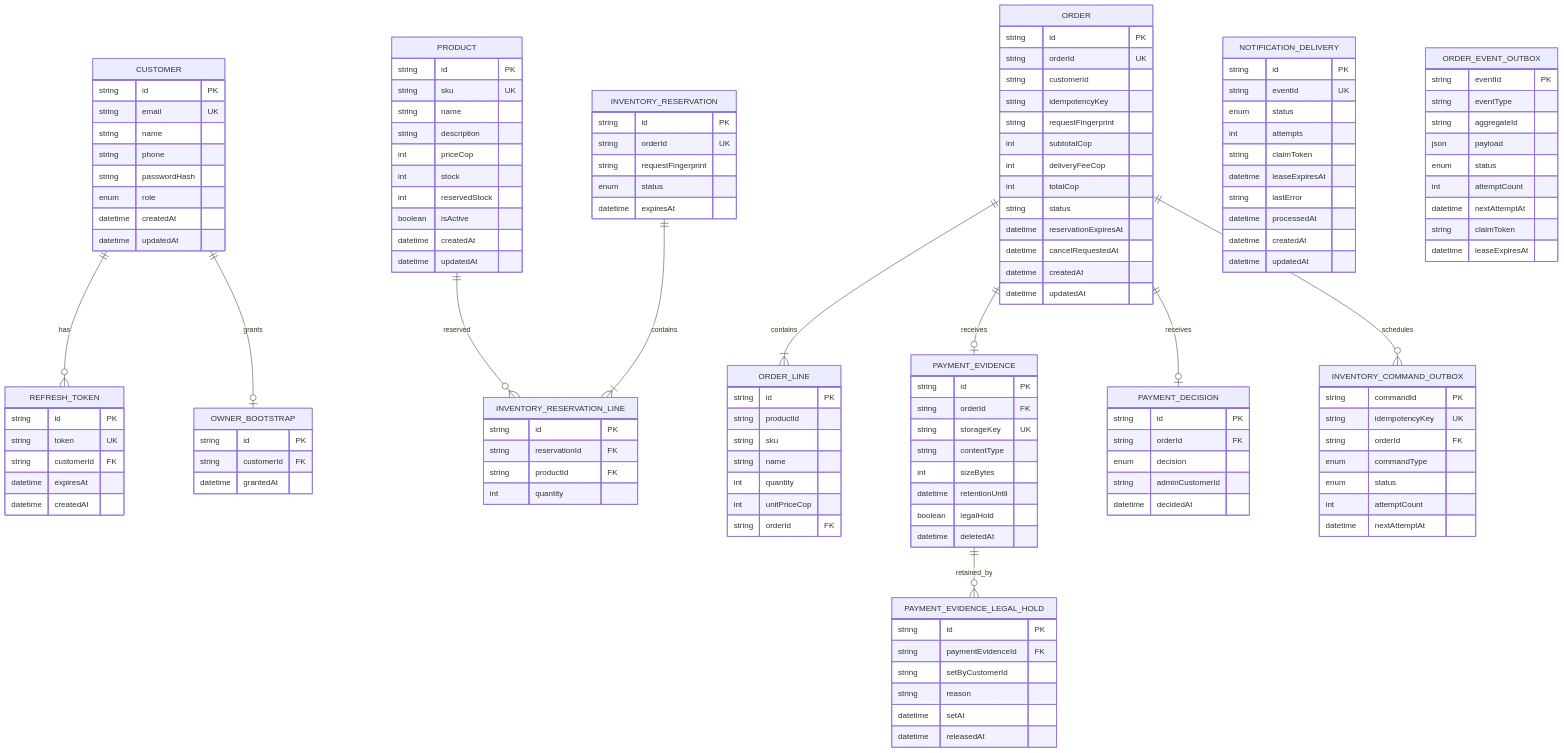
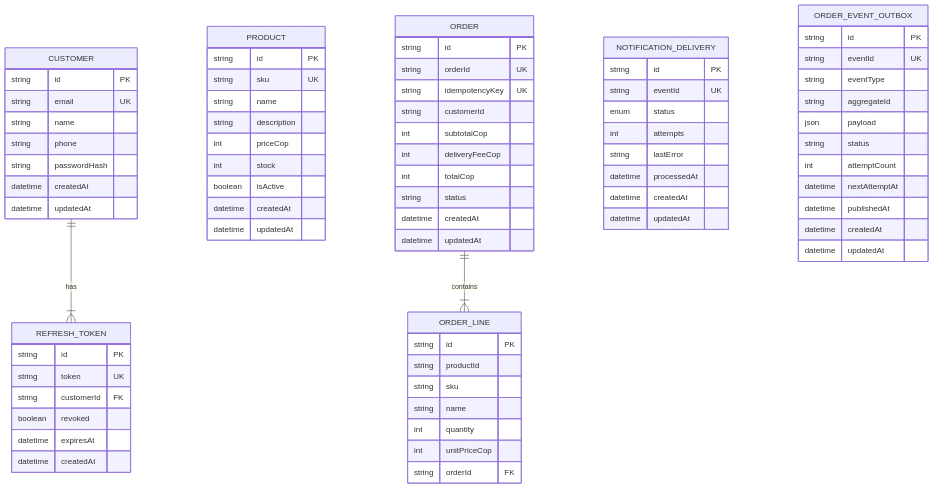
The sixth of 10 diagrams in docs/wiki/architecture-overview.md (HectorARiascosI/mileshop-platform), drawn with Mermaid before and after one commit. The commit also changed other lines of this file and 89 other files, not shown here.

````diff
--- a/docs/wiki/architecture-overview.md
+++ b/docs/wiki/architecture-overview.md
@@ -237,29 +197,16 @@
         string name
         string phone
         string passwordHash
-        enum role
         datetime createdAt
         datetime updatedAt
-    }
-    PAYMENT_EVIDENCE_LEGAL_HOLD {
-        string id PK
-        string paymentEvidenceId FK
-        string setByCustomerId
-        string reason
-        datetime setAt
-        datetime releasedAt
     }
     REFRESH_TOKEN {
         string id PK
         string token UK
         string customerId FK
+        boolean revoked
         datetime expiresAt
         datetime createdAt
-    }
-    OWNER_BOOTSTRAP {
-        string id PK
-        string customerId FK
-        datetime grantedAt
     }
     PRODUCT {
         string id PK
@@ -268,36 +215,19 @@
         string description
         int priceCop
         int stock
-        int reservedStock
         boolean isActive
         datetime createdAt
         datetime updatedAt
     }
-    INVENTORY_RESERVATION {
-        string id PK
-        string orderId UK
-        string requestFingerprint
-        enum status
-        datetime expiresAt
-    }
-    INVENTORY_RESERVATION_LINE {
-        string id PK
-        string reservationId FK
-        string productId FK
-        int quantity
-    }
     ORDER {
         string id PK
         string orderId UK
+        string idempotencyKey UK
         string customerId
-        string idempotencyKey
-        string requestFingerprint
         int subtotalCop
         int deliveryFeeCop
         int totalCop
         string status
-        datetime reservationExpiresAt
-        datetime cancelRequestedAt
         datetime createdAt
         datetime updatedAt
     }
@@ -310,62 +240,29 @@
         int unitPriceCop
         string orderId FK
     }
-    PAYMENT_EVIDENCE {
-        string id PK
-        string orderId FK
-        string storageKey UK
-        string contentType
-        int sizeBytes
-        datetime retentionUntil
-        boolean legalHold
-        datetime deletedAt
-    }
-    PAYMENT_DECISION {
-        string id PK
-        string orderId FK
-        enum decision
-        string adminCustomerId
-        datetime decidedAt
-    }
-    INVENTORY_COMMAND_OUTBOX {
-        string commandId PK
-        string idempotencyKey UK
-        string orderId FK
-        enum commandType
-        enum status
-        int attemptCount
-        datetime nextAttemptAt
-    }
     NOTIFICATION_DELIVERY {
         string id PK
         string eventId UK
         enum status
         int attempts
-        string claimToken
-        datetime leaseExpiresAt
         string lastError
         datetime processedAt
         datetime createdAt
         datetime updatedAt
     }
     ORDER_EVENT_OUTBOX {
-        string eventId PK
+        string id PK
+        string eventId UK
         string eventType
         string aggregateId
         json payload
-        enum status
+        string status
         int attemptCount
         datetime nextAttemptAt
-        string claimToken
-        datetime leaseExpiresAt
+        datetime publishedAt
+        datetime createdAt
+        datetime updatedAt
     }
-    CUSTOMER ||--o{ REFRESH_TOKEN : has
-    CUSTOMER ||--o| OWNER_BOOTSTRAP : grants
-    PRODUCT ||--o{ INVENTORY_RESERVATION_LINE : reserved
-    INVENTORY_RESERVATION ||--|{ INVENTORY_RESERVATION_LINE : contains
+    CUSTOMER ||--|{ REFRESH_TOKEN : has
     ORDER ||--|{ ORDER_LINE : contains
-    ORDER ||--o| PAYMENT_EVIDENCE : receives
-    PAYMENT_EVIDENCE ||--o{ PAYMENT_EVIDENCE_LEGAL_HOLD : retained_by
-    ORDER ||--o| PAYMENT_DECISION : receives
-    ORDER ||--o{ INVENTORY_COMMAND_OUTBOX : schedules
 ```
````
